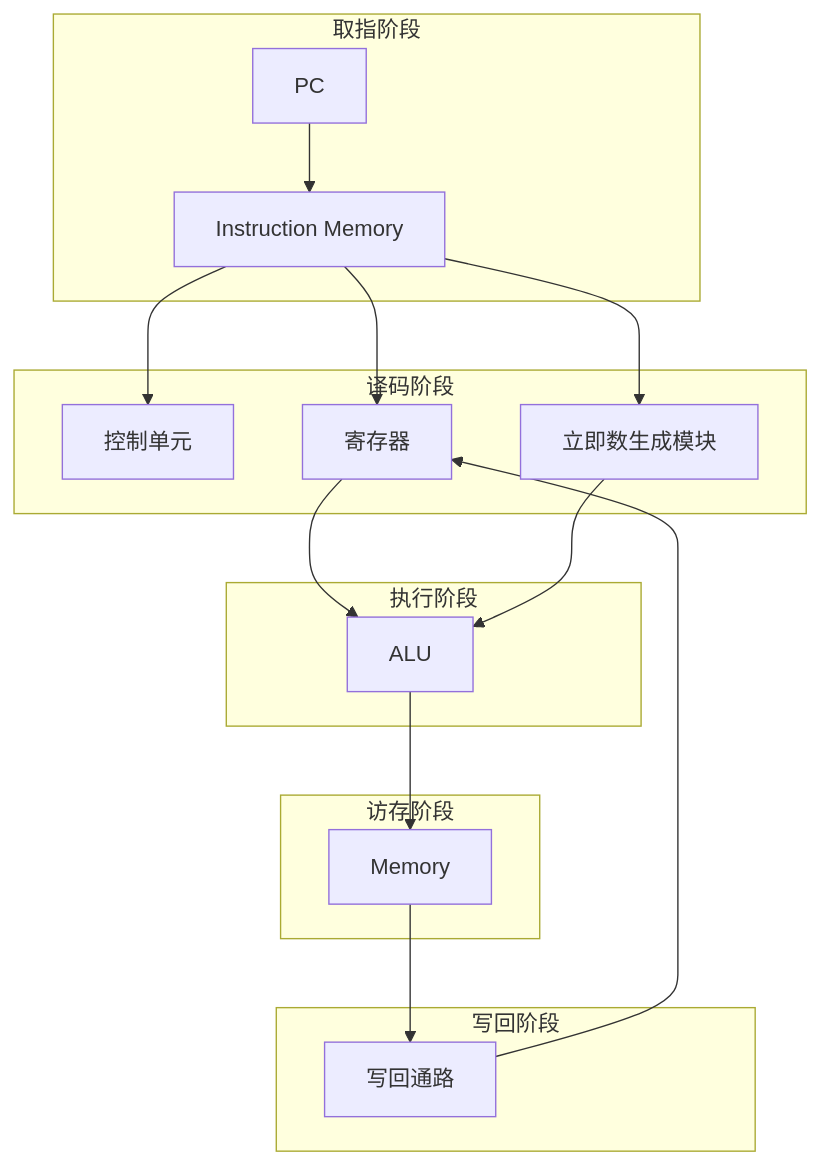
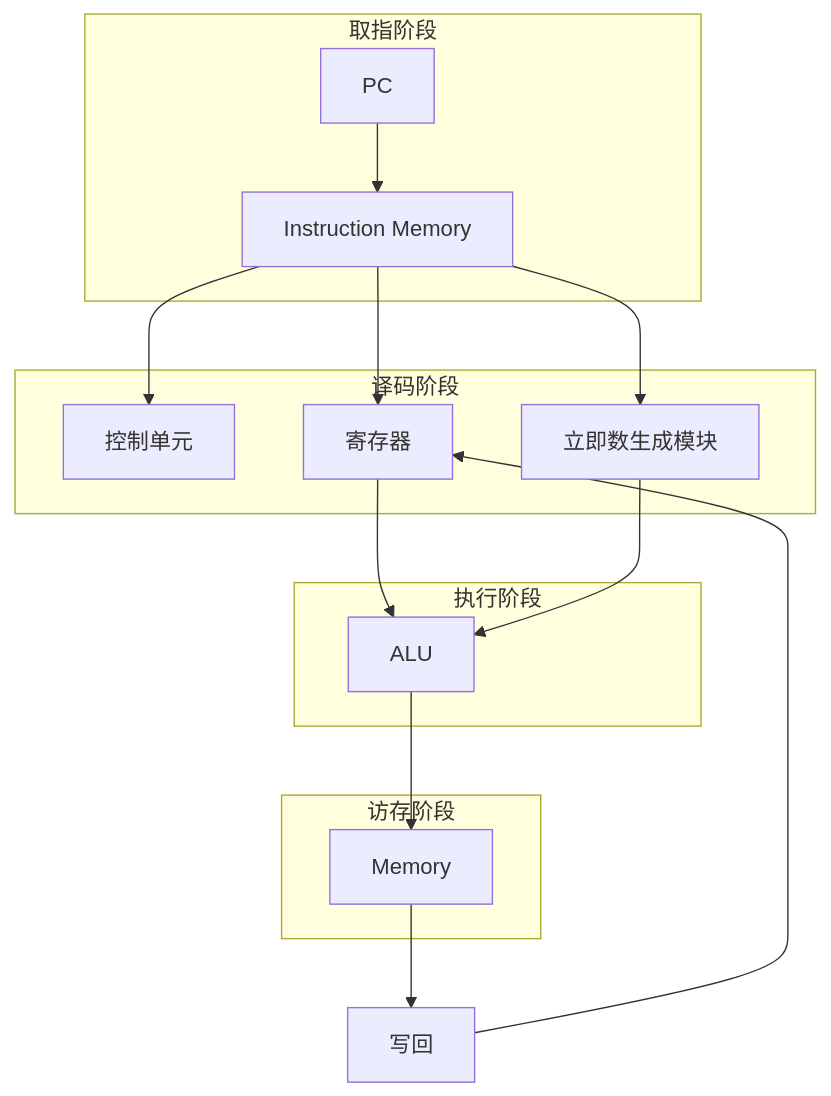
The diagram in 竞业达个人记录.md (PGSDaffy/2025ciciec), drawn with Mermaid before and after one commit. The commit also changed other lines of this file, not shown here.

````diff
--- a/竞业达个人记录.md
+++ b/竞业达个人记录.md
@@ -409,38 +409,35 @@
 ```mermaid
 flowchart TB
     %% 核心模块定义
     subgraph 取指阶段
         PC[PC]
         IM[Instruction Memory]
     end
 
     subgraph 译码阶段
         CU[控制单元]
         RF[寄存器]
         ImmGen[立即数生成模块]
     end
 
     subgraph 执行阶段
         ALU[ALU]
     end
 
     subgraph 访存阶段
         DM[Memory]
     end
 
-    subgraph 写回阶段
-        WB[写回通路]
-    end
 
     %% 模块间简单连接
     PC --> IM
     IM --> RF
     IM --> CU
     IM --> ImmGen
     RF --> ALU
     ImmGen --> ALU
     ALU --> DM
-    DM --> WB
-    WB --> RF
+    DM --> 写回
+    写回 --> RF
 
 ```
````
